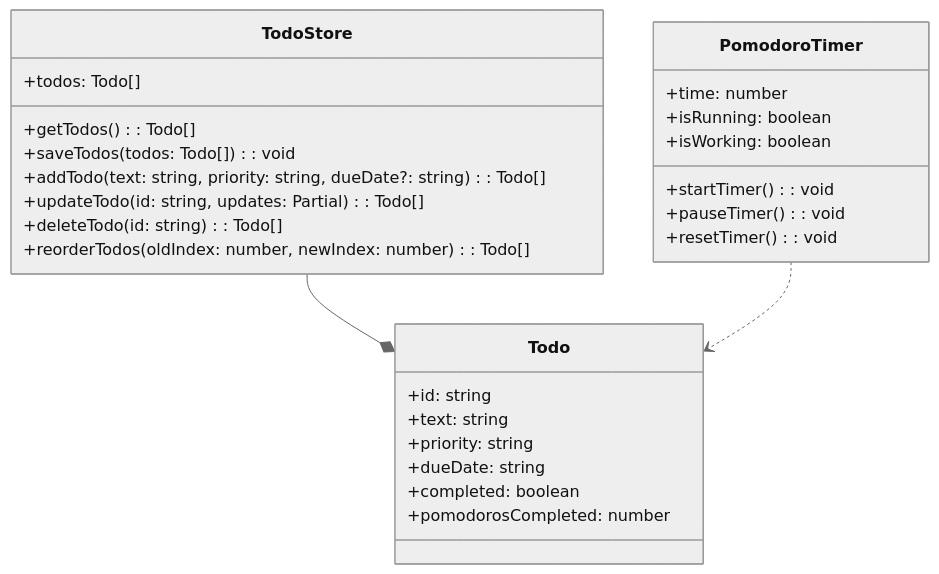
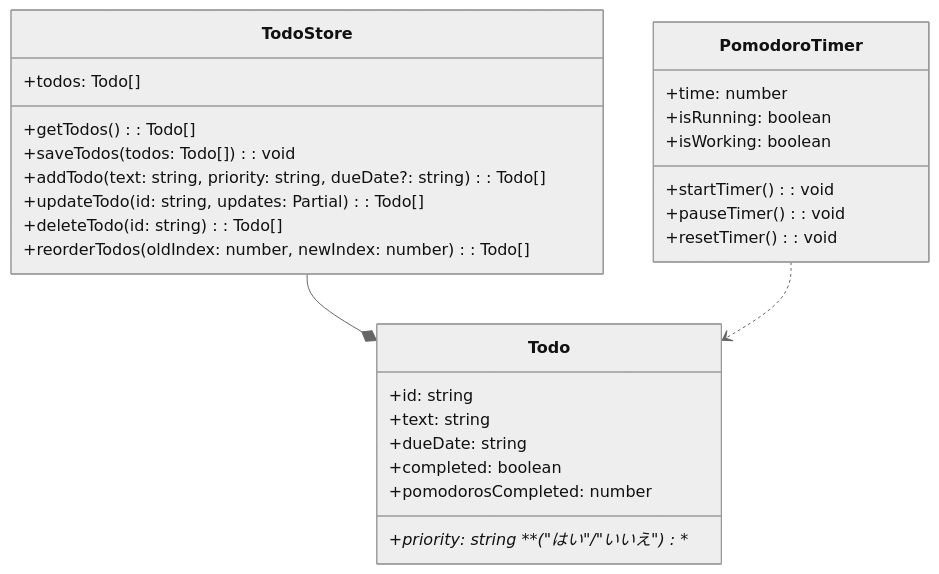
The second of 2 diagrams in docs/design.md (matujuri/ai-workflow), drawn with Mermaid (neutral theme) before and after one commit. The commit also changed other lines of this file and 1 other file, not shown here.

````diff
--- a/docs/design.md
+++ b/docs/design.md
@@ -14,33 +14,33 @@
 ```mermaid
 classDiagram
     class Todo {
         +id: string
         +text: string
-        +priority: string
+        +priority: string **("はい"/"いいえ")**
         +dueDate: string
         +completed: boolean
         +pomodorosCompleted: number
     }
 
     class TodoStore {
         +todos: Todo[]
         +getTodos(): Todo[]
         +saveTodos(todos: Todo[]): void
         +addTodo(text: string, priority: string, dueDate?: string): Todo[]
         +updateTodo(id: string, updates: Partial<Todo>): Todo[]
         +deleteTodo(id: string): Todo[]
         +reorderTodos(oldIndex: number, newIndex: number): Todo[]
     }
 
     class PomodoroTimer {
         +time: number
         +isRunning: boolean
         +isWorking: boolean
         +startTimer(): void
         +pauseTimer(): void
         +resetTimer(): void
     }
 
     TodoStore --* Todo
     PomodoroTimer ..> Todo
 ```
````
